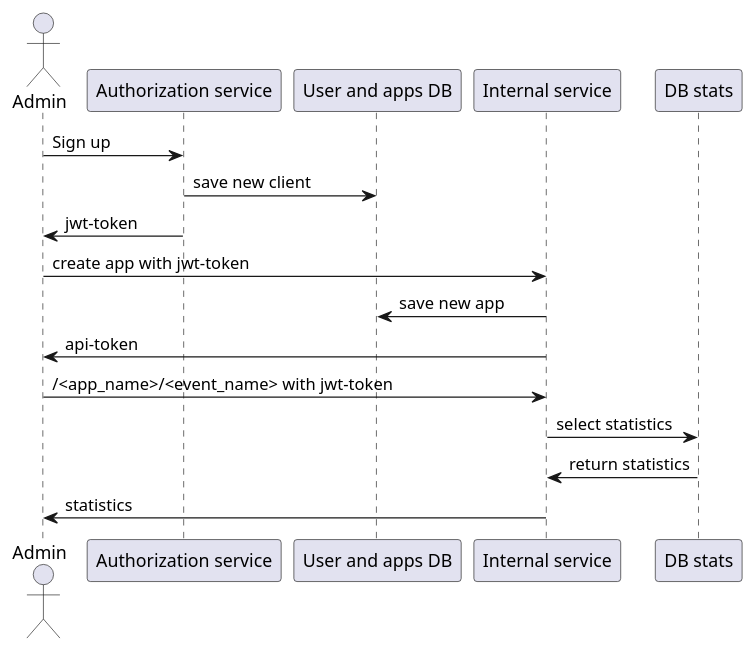
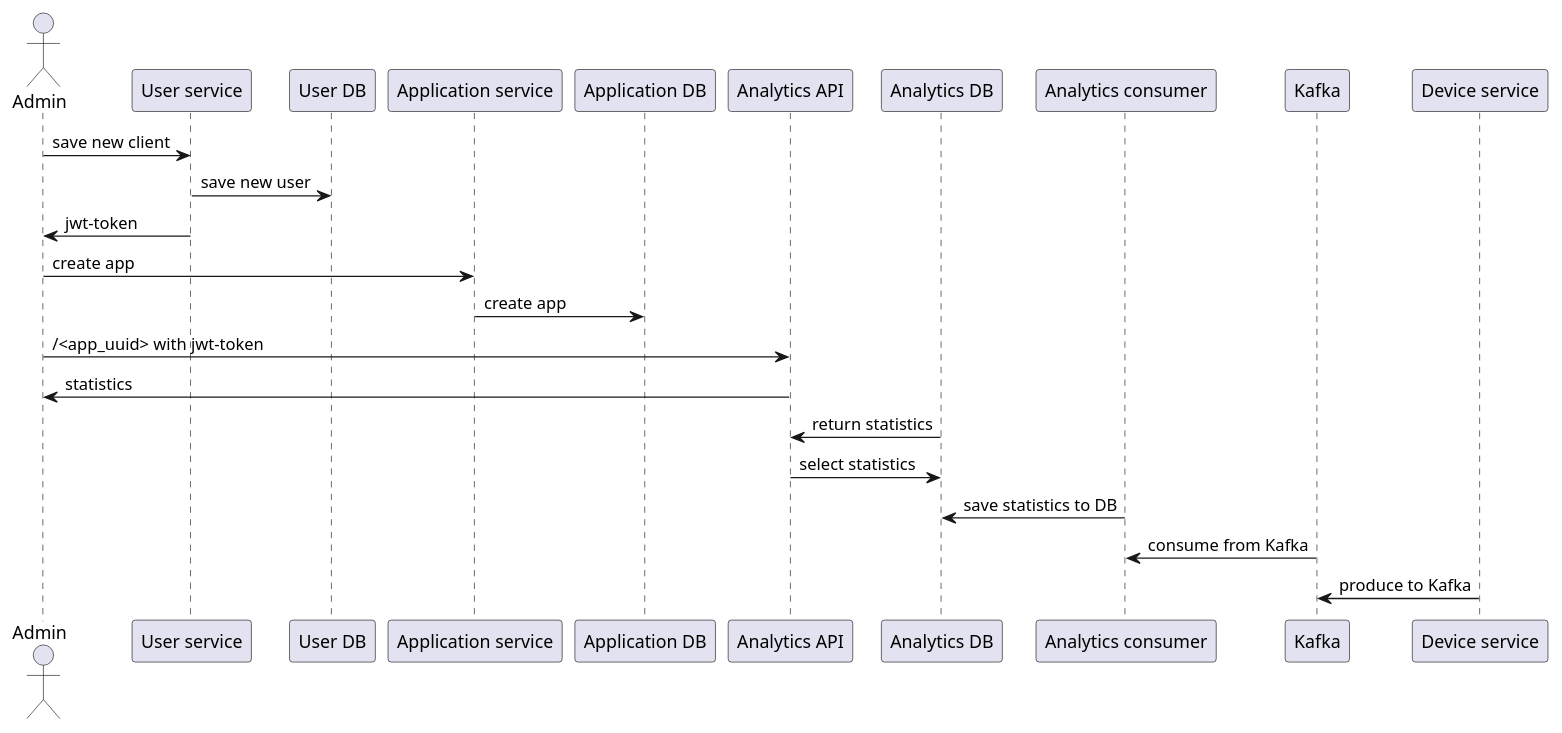
One commit to Anya97/metrica changed the diagram in sequence_diargam_admin.puml. Above: the diagram before and after it, drawn with PlantUML. The commit also changed 10 other files, not shown here.

Commit message:
added diagrams

```diff
--- a/sequence_diargam_admin.puml
+++ b/sequence_diargam_admin.puml
@@ -1,16 +1,18 @@
 @startuml
 
 actor "Admin"
 
-"Admin"-> "Authorization service": Sign up
-"Authorization service"-> "User and apps DB": save new client
-"Admin"<- "Authorization service": jwt-token
-"Admin"-> "Internal service": create app with jwt-token
-"Internal service"-> "User and apps DB": save new app
-"Admin"<- "Internal service": api-token
-"Admin"-> "Internal service": /<app_name>/<event_name> with jwt-token
-"Internal service"-> "DB stats": select statistics
-"Internal service"<- "DB stats": return statistics
-"Admin"<- "Internal service": statistics
+"Admin"-> "User service": save new client
+"User service"-> "User DB": save new user
+"Admin"<- "User service": jwt-token
+"Admin"-> "Application service": create app
+"Application service"-> "Application DB": create app
+"Admin" -> "Analytics API": /<app_uuid> with jwt-token
+"Analytics API" -> "Admin": statistics
+"Analytics API" <- "Analytics DB": return statistics
+"Analytics API" -> "Analytics DB": select statistics
+"Analytics DB" <- "Analytics consumer": save statistics to DB
+"Analytics consumer" <- "Kafka": consume from Kafka
+"Kafka" <- "Device service": produce to Kafka
 
 @enduml
```
